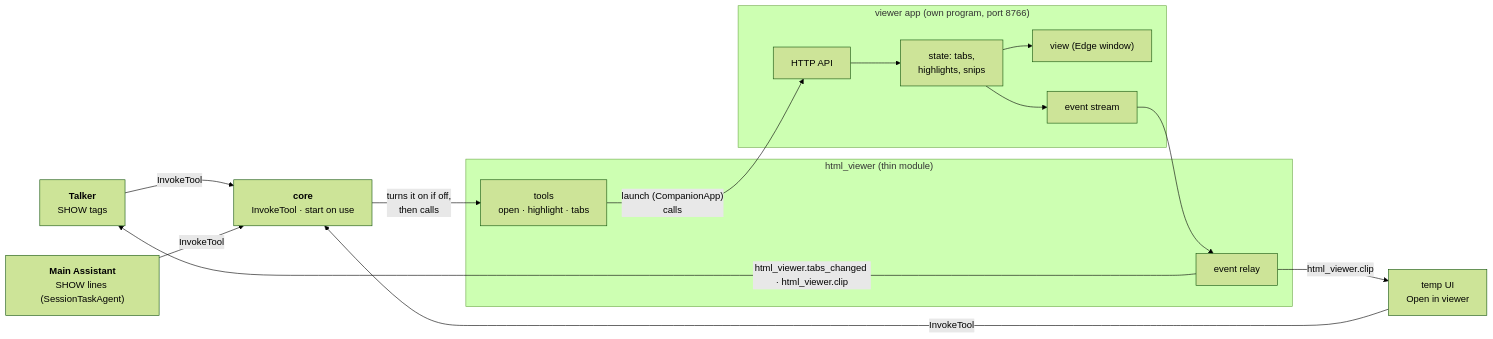
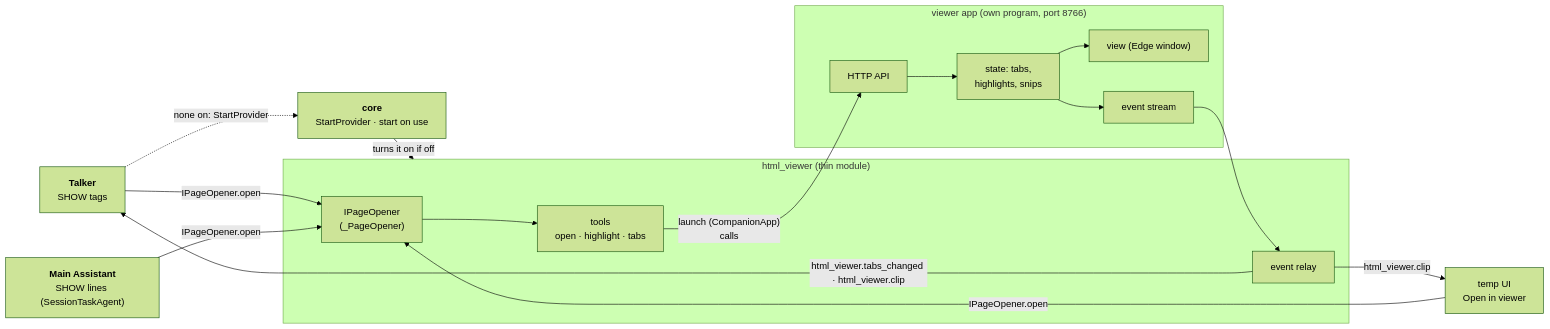
Before and after one commit to sharramon/AI_Assistant: the diagram in src/assistant/modules/html_viewer/docs/architecture.md, drawn with Mermaid (forest theme). The commit also changed other lines of this file and 63 other files, not shown here.

Commit message:
Module folders item 15: pages open through the IPageOpener contract that html_viewer provides; StartProvider starts an add-on by contract; no core code names an add-on; tripwires; docs

````diff
--- a/src/assistant/modules/html_viewer/docs/architecture.md
+++ b/src/assistant/modules/html_viewer/docs/architecture.md
@@ -32,27 +33,30 @@
 ```mermaid
 flowchart LR
     Talker["<b>Talker</b><br/>SHOW tags"]
     Main["<b>Main Assistant</b><br/>SHOW lines (SessionTaskAgent)"]
     UI["temp UI<br/>Open in viewer"]
-    Core["<b>core</b><br/>InvokeTool · start on use"]
+    Core["<b>core</b><br/>StartProvider · start on use"]
     subgraph HV["html_viewer (thin module)"]
         Tools["tools<br/>open · highlight · tabs"]
+        Opener["IPageOpener<br/>(_PageOpener)"]
         Relay["event relay"]
     end
     subgraph App["viewer app (own program, port 8766)"]
         Api["HTTP API"]
         State["state: tabs,<br/>highlights, snips"]
         View["view (Edge window)"]
         Stream["event stream"]
     end
 
-    Talker -- InvokeTool --> Core
-    UI -- InvokeTool --> Core
-    Main -- InvokeTool --> Core
-    Core -- "turns it on if off,<br/>then calls" --> Tools
+    Talker -- "IPageOpener.open" --> Opener
+    UI -- "IPageOpener.open" --> Opener
+    Main -- "IPageOpener.open" --> Opener
+    Talker -. "none on: StartProvider" .-> Core
+    Core -- "turns it on if off" --> HV
+    Opener --> Tools
     Tools -- "launch (CompanionApp)<br/>calls" --> Api
     Api --> State --> View
     State --> Stream --> Relay
     Relay -- "html_viewer.tabs_changed · html_viewer.clip" --> Talker
     Relay -- "html_viewer.clip" --> UI
 ```
````
